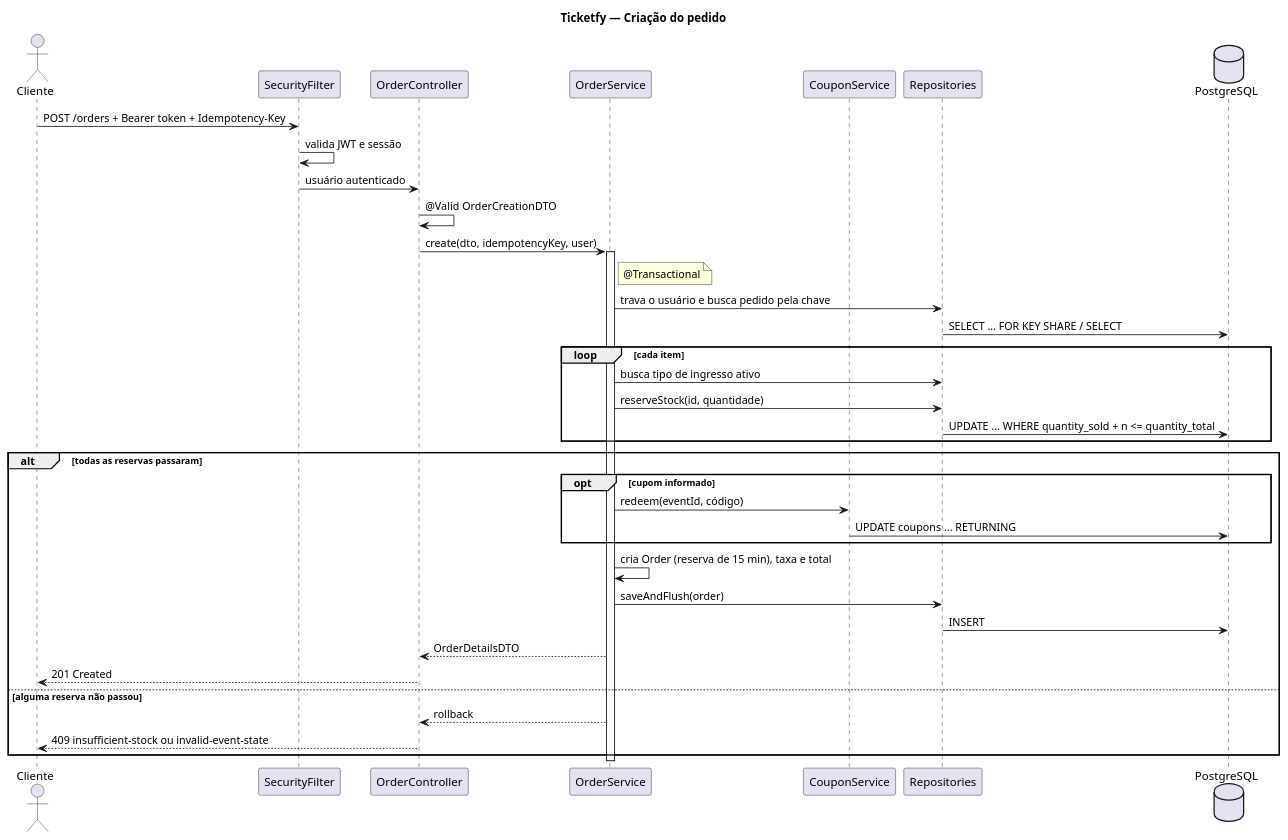
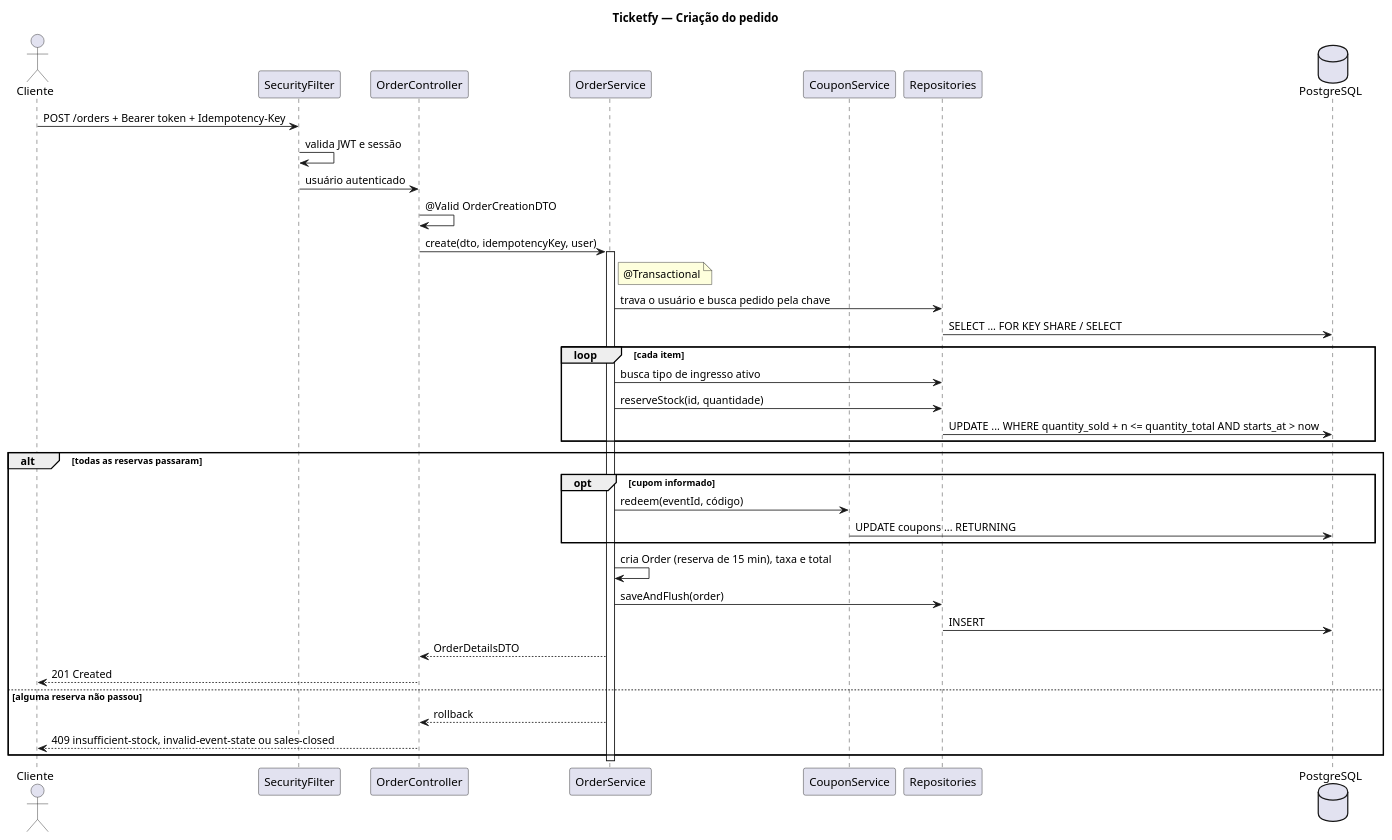
Before and after one commit to rodrigolutfydev/Ticketfy-API: the third of 3 diagrams in docs/05 - Documento de Arquitetura.md, drawn with PlantUML. The commit also changed other lines of this file and 22 other files, not shown here.

First line of the commit message:
fix(order): stop ticket sales when the event starts

````diff
--- a/docs/05 - Documento de Arquitetura.md
+++ b/docs/05 - Documento de Arquitetura.md
@@ -288,42 +288,42 @@
 ```plantuml
 @startuml order-creation
 title Ticketfy — Criação do pedido
 actor Cliente
 participant "SecurityFilter" as Sec
 participant OrderController as C
 participant OrderService as S
 participant CouponService as CS
 participant "Repositories" as R
 database PostgreSQL as DB
 
 Cliente -> Sec : POST /orders + Bearer token + Idempotency-Key
 Sec -> Sec : valida JWT e sessão
 Sec -> C : usuário autenticado
 C -> C : @Valid OrderCreationDTO
 C -> S : create(dto, idempotencyKey, user)
 activate S
 note right of S : @Transactional
 S -> R : trava o usuário e busca pedido pela chave
 R -> DB : SELECT ... FOR KEY SHARE / SELECT
 loop cada item
   S -> R : busca tipo de ingresso ativo
   S -> R : reserveStock(id, quantidade)
-  R -> DB : UPDATE ... WHERE quantity_sold + n <= quantity_total
+  R -> DB : UPDATE ... WHERE quantity_sold + n <= quantity_total AND starts_at > now
 end
 alt todas as reservas passaram
   opt cupom informado
     S -> CS : redeem(eventId, código)
     CS -> DB : UPDATE coupons ... RETURNING
   end
   S -> S : cria Order (reserva de 15 min), taxa e total
   S -> R : saveAndFlush(order)
   R -> DB : INSERT
   S --> C : OrderDetailsDTO
   C --> Cliente : 201 Created
 else alguma reserva não passou
   S --> C : rollback
-  C --> Cliente : 409 insufficient-stock ou invalid-event-state
+  C --> Cliente : 409 insufficient-stock, invalid-event-state ou sales-closed
 end
 deactivate S
 @enduml
 ```
````
